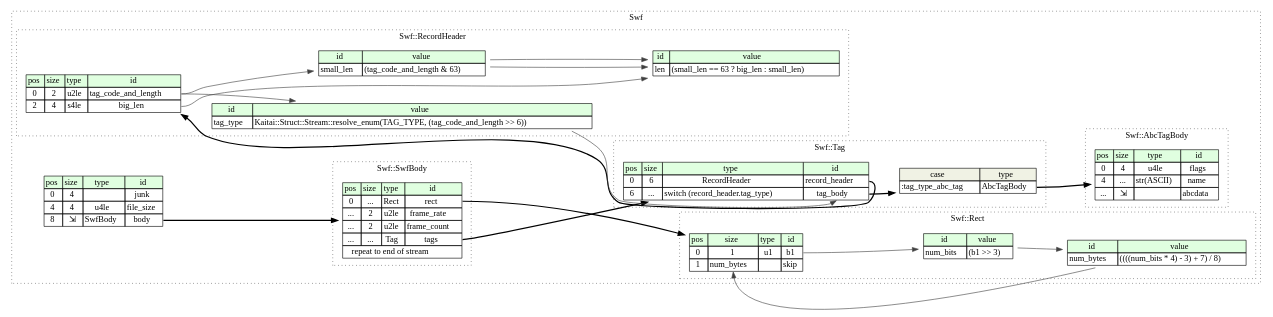
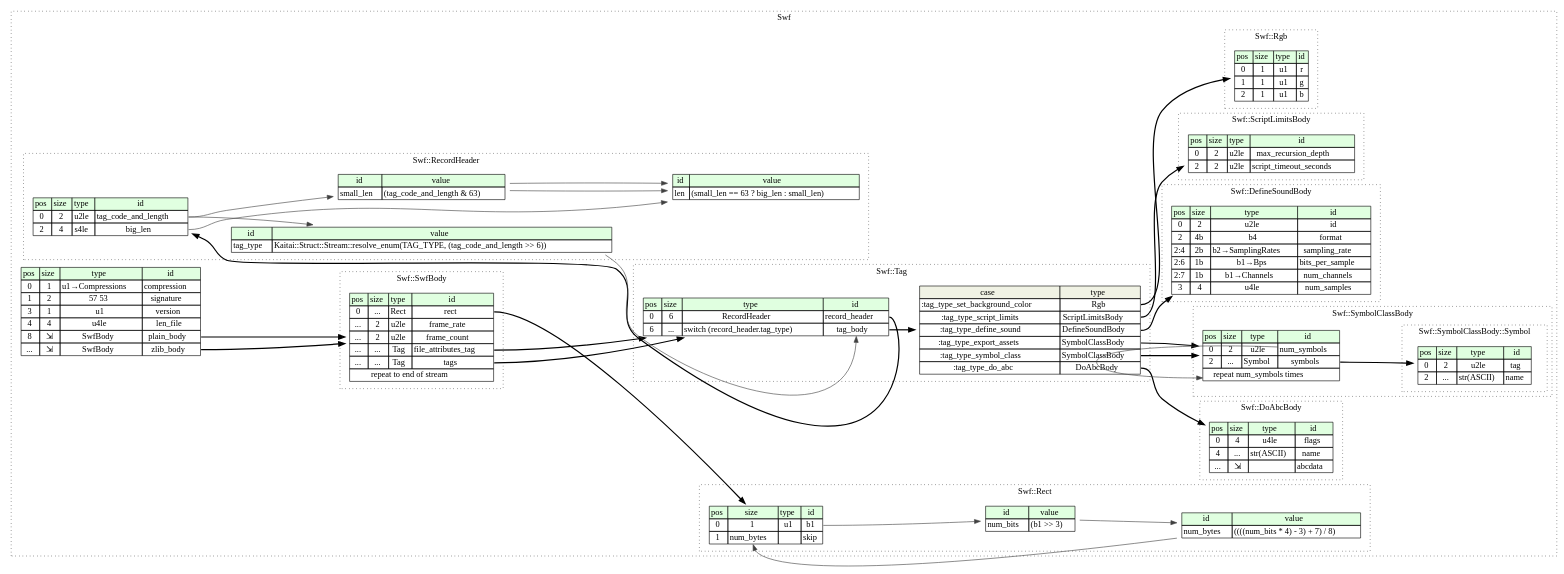
One commit to kaitai-io/formats-kaitai-io.github.io changed the diagram in swf/src/graphviz/swf.dot. Above: the diagram before and after it, drawn with Graphviz. The commit also changed 31 other files, not shown here.

```diff
--- a/swf/src/graphviz/swf.dot
+++ b/swf/src/graphviz/swf.dot
@@ -1,108 +1,182 @@
 digraph {
 	rankdir=LR;
 	node [shape=plaintext];
 	subgraph cluster__swf {
 		label="Swf";
 		graph[style=dotted];
 
 		swf__seq [label=<<TABLE BORDER="0" CELLBORDER="1" CELLSPACING="0">
 			<TR><TD BGCOLOR="#E0FFE0">pos</TD><TD BGCOLOR="#E0FFE0">size</TD><TD BGCOLOR="#E0FFE0">type</TD><TD BGCOLOR="#E0FFE0">id</TD></TR>
-			<TR><TD PORT="junk_pos">0</TD><TD PORT="junk_size">4</TD><TD></TD><TD PORT="junk_type">junk</TD></TR>
-			<TR><TD PORT="file_size_pos">4</TD><TD PORT="file_size_size">4</TD><TD>u4le</TD><TD PORT="file_size_type">file_size</TD></TR>
-			<TR><TD PORT="body_pos">8</TD><TD PORT="body_size">⇲</TD><TD>SwfBody</TD><TD PORT="body_type">body</TD></TR>
+			<TR><TD PORT="compression_pos">0</TD><TD PORT="compression_size">1</TD><TD>u1→Compressions</TD><TD PORT="compression_type">compression</TD></TR>
+			<TR><TD PORT="signature_pos">1</TD><TD PORT="signature_size">2</TD><TD>57 53</TD><TD PORT="signature_type">signature</TD></TR>
+			<TR><TD PORT="version_pos">3</TD><TD PORT="version_size">1</TD><TD>u1</TD><TD PORT="version_type">version</TD></TR>
+			<TR><TD PORT="len_file_pos">4</TD><TD PORT="len_file_size">4</TD><TD>u4le</TD><TD PORT="len_file_type">len_file</TD></TR>
+			<TR><TD PORT="plain_body_pos">8</TD><TD PORT="plain_body_size">⇲</TD><TD>SwfBody</TD><TD PORT="plain_body_type">plain_body</TD></TR>
+			<TR><TD PORT="zlib_body_pos">...</TD><TD PORT="zlib_body_size">⇲</TD><TD>SwfBody</TD><TD PORT="zlib_body_type">zlib_body</TD></TR>
 		</TABLE>>];
+		subgraph cluster__rgb {
+			label="Swf::Rgb";
+			graph[style=dotted];
+
+			rgb__seq [label=<<TABLE BORDER="0" CELLBORDER="1" CELLSPACING="0">
+				<TR><TD BGCOLOR="#E0FFE0">pos</TD><TD BGCOLOR="#E0FFE0">size</TD><TD BGCOLOR="#E0FFE0">type</TD><TD BGCOLOR="#E0FFE0">id</TD></TR>
+				<TR><TD PORT="r_pos">0</TD><TD PORT="r_size">1</TD><TD>u1</TD><TD PORT="r_type">r</TD></TR>
+				<TR><TD PORT="g_pos">1</TD><TD PORT="g_size">1</TD><TD>u1</TD><TD PORT="g_type">g</TD></TR>
+				<TR><TD PORT="b_pos">2</TD><TD PORT="b_size">1</TD><TD>u1</TD><TD PORT="b_type">b</TD></TR>
+			</TABLE>>];
+		}
+		subgraph cluster__do_abc_body {
+			label="Swf::DoAbcBody";
+			graph[style=dotted];
+
+			do_abc_body__seq [label=<<TABLE BORDER="0" CELLBORDER="1" CELLSPACING="0">
+				<TR><TD BGCOLOR="#E0FFE0">pos</TD><TD BGCOLOR="#E0FFE0">size</TD><TD BGCOLOR="#E0FFE0">type</TD><TD BGCOLOR="#E0FFE0">id</TD></TR>
+				<TR><TD PORT="flags_pos">0</TD><TD PORT="flags_size">4</TD><TD>u4le</TD><TD PORT="flags_type">flags</TD></TR>
+				<TR><TD PORT="name_pos">4</TD><TD PORT="name_size">...</TD><TD>str(ASCII)</TD><TD PORT="name_type">name</TD></TR>
+				<TR><TD PORT="abcdata_pos">...</TD><TD PORT="abcdata_size">⇲</TD><TD></TD><TD PORT="abcdata_type">abcdata</TD></TR>
+			</TABLE>>];
+		}
 		subgraph cluster__swf_body {
 			label="Swf::SwfBody";
 			graph[style=dotted];
 
 			swf_body__seq [label=<<TABLE BORDER="0" CELLBORDER="1" CELLSPACING="0">
 				<TR><TD BGCOLOR="#E0FFE0">pos</TD><TD BGCOLOR="#E0FFE0">size</TD><TD BGCOLOR="#E0FFE0">type</TD><TD BGCOLOR="#E0FFE0">id</TD></TR>
 				<TR><TD PORT="rect_pos">0</TD><TD PORT="rect_size">...</TD><TD>Rect</TD><TD PORT="rect_type">rect</TD></TR>
 				<TR><TD PORT="frame_rate_pos">...</TD><TD PORT="frame_rate_size">2</TD><TD>u2le</TD><TD PORT="frame_rate_type">frame_rate</TD></TR>
 				<TR><TD PORT="frame_count_pos">...</TD><TD PORT="frame_count_size">2</TD><TD>u2le</TD><TD PORT="frame_count_type">frame_count</TD></TR>
+				<TR><TD PORT="file_attributes_tag_pos">...</TD><TD PORT="file_attributes_tag_size">...</TD><TD>Tag</TD><TD PORT="file_attributes_tag_type">file_attributes_tag</TD></TR>
 				<TR><TD PORT="tags_pos">...</TD><TD PORT="tags_size">...</TD><TD>Tag</TD><TD PORT="tags_type">tags</TD></TR>
 				<TR><TD COLSPAN="4" PORT="tags__repeat">repeat to end of stream</TD></TR>
 			</TABLE>>];
 		}
 		subgraph cluster__rect {
 			label="Swf::Rect";
 			graph[style=dotted];
 
 			rect__seq [label=<<TABLE BORDER="0" CELLBORDER="1" CELLSPACING="0">
 				<TR><TD BGCOLOR="#E0FFE0">pos</TD><TD BGCOLOR="#E0FFE0">size</TD><TD BGCOLOR="#E0FFE0">type</TD><TD BGCOLOR="#E0FFE0">id</TD></TR>
 				<TR><TD PORT="b1_pos">0</TD><TD PORT="b1_size">1</TD><TD>u1</TD><TD PORT="b1_type">b1</TD></TR>
 				<TR><TD PORT="skip_pos">1</TD><TD PORT="skip_size">num_bytes</TD><TD></TD><TD PORT="skip_type">skip</TD></TR>
 			</TABLE>>];
 			rect__inst__num_bits [label=<<TABLE BORDER="0" CELLBORDER="1" CELLSPACING="0">
 				<TR><TD BGCOLOR="#E0FFE0">id</TD><TD BGCOLOR="#E0FFE0">value</TD></TR>
 				<TR><TD>num_bits</TD><TD>(b1 &gt;&gt; 3)</TD></TR>
 			</TABLE>>];
 			rect__inst__num_bytes [label=<<TABLE BORDER="0" CELLBORDER="1" CELLSPACING="0">
 				<TR><TD BGCOLOR="#E0FFE0">id</TD><TD BGCOLOR="#E0FFE0">value</TD></TR>
 				<TR><TD>num_bytes</TD><TD>((((num_bits * 4) - 3) + 7) / 8)</TD></TR>
 			</TABLE>>];
 		}
 		subgraph cluster__tag {
 			label="Swf::Tag";
 			graph[style=dotted];
 
 			tag__seq [label=<<TABLE BORDER="0" CELLBORDER="1" CELLSPACING="0">
 				<TR><TD BGCOLOR="#E0FFE0">pos</TD><TD BGCOLOR="#E0FFE0">size</TD><TD BGCOLOR="#E0FFE0">type</TD><TD BGCOLOR="#E0FFE0">id</TD></TR>
 				<TR><TD PORT="record_header_pos">0</TD><TD PORT="record_header_size">6</TD><TD>RecordHeader</TD><TD PORT="record_header_type">record_header</TD></TR>
 				<TR><TD PORT="tag_body_pos">6</TD><TD PORT="tag_body_size">...</TD><TD>switch (record_header.tag_type)</TD><TD PORT="tag_body_type">tag_body</TD></TR>
 			</TABLE>>];
 tag__seq_tag_body_switch [label=<<TABLE BORDER="0" CELLBORDER="1" CELLSPACING="0">
 	<TR><TD BGCOLOR="#F0F2E4">case</TD><TD BGCOLOR="#F0F2E4">type</TD></TR>
-	<TR><TD>:tag_type_abc_tag</TD><TD PORT="case0">AbcTagBody</TD></TR>
+	<TR><TD>:tag_type_set_background_color</TD><TD PORT="case0">Rgb</TD></TR>
+	<TR><TD>:tag_type_script_limits</TD><TD PORT="case1">ScriptLimitsBody</TD></TR>
+	<TR><TD>:tag_type_define_sound</TD><TD PORT="case2">DefineSoundBody</TD></TR>
+	<TR><TD>:tag_type_export_assets</TD><TD PORT="case3">SymbolClassBody</TD></TR>
+	<TR><TD>:tag_type_symbol_class</TD><TD PORT="case4">SymbolClassBody</TD></TR>
+	<TR><TD>:tag_type_do_abc</TD><TD PORT="case5">DoAbcBody</TD></TR>
 </TABLE>>];
 		}
-		subgraph cluster__abc_tag_body {
-			label="Swf::AbcTagBody";
+		subgraph cluster__symbol_class_body {
+			label="Swf::SymbolClassBody";
 			graph[style=dotted];
 
-			abc_tag_body__seq [label=<<TABLE BORDER="0" CELLBORDER="1" CELLSPACING="0">
+			symbol_class_body__seq [label=<<TABLE BORDER="0" CELLBORDER="1" CELLSPACING="0">
 				<TR><TD BGCOLOR="#E0FFE0">pos</TD><TD BGCOLOR="#E0FFE0">size</TD><TD BGCOLOR="#E0FFE0">type</TD><TD BGCOLOR="#E0FFE0">id</TD></TR>
-				<TR><TD PORT="flags_pos">0</TD><TD PORT="flags_size">4</TD><TD>u4le</TD><TD PORT="flags_type">flags</TD></TR>
-				<TR><TD PORT="name_pos">4</TD><TD PORT="name_size">...</TD><TD>str(ASCII)</TD><TD PORT="name_type">name</TD></TR>
-				<TR><TD PORT="abcdata_pos">...</TD><TD PORT="abcdata_size">⇲</TD><TD></TD><TD PORT="abcdata_type">abcdata</TD></TR>
+				<TR><TD PORT="num_symbols_pos">0</TD><TD PORT="num_symbols_size">2</TD><TD>u2le</TD><TD PORT="num_symbols_type">num_symbols</TD></TR>
+				<TR><TD PORT="symbols_pos">2</TD><TD PORT="symbols_size">...</TD><TD>Symbol</TD><TD PORT="symbols_type">symbols</TD></TR>
+				<TR><TD COLSPAN="4" PORT="symbols__repeat">repeat num_symbols times</TD></TR>
+			</TABLE>>];
+			subgraph cluster__symbol {
+				label="Swf::SymbolClassBody::Symbol";
+				graph[style=dotted];
+
+				symbol__seq [label=<<TABLE BORDER="0" CELLBORDER="1" CELLSPACING="0">
+					<TR><TD BGCOLOR="#E0FFE0">pos</TD><TD BGCOLOR="#E0FFE0">size</TD><TD BGCOLOR="#E0FFE0">type</TD><TD BGCOLOR="#E0FFE0">id</TD></TR>
+					<TR><TD PORT="tag_pos">0</TD><TD PORT="tag_size">2</TD><TD>u2le</TD><TD PORT="tag_type">tag</TD></TR>
+					<TR><TD PORT="name_pos">2</TD><TD PORT="name_size">...</TD><TD>str(ASCII)</TD><TD PORT="name_type">name</TD></TR>
+				</TABLE>>];
+			}
+		}
+		subgraph cluster__define_sound_body {
+			label="Swf::DefineSoundBody";
+			graph[style=dotted];
+
+			define_sound_body__seq [label=<<TABLE BORDER="0" CELLBORDER="1" CELLSPACING="0">
+				<TR><TD BGCOLOR="#E0FFE0">pos</TD><TD BGCOLOR="#E0FFE0">size</TD><TD BGCOLOR="#E0FFE0">type</TD><TD BGCOLOR="#E0FFE0">id</TD></TR>
+				<TR><TD PORT="id_pos">0</TD><TD PORT="id_size">2</TD><TD>u2le</TD><TD PORT="id_type">id</TD></TR>
+				<TR><TD PORT="format_pos">2</TD><TD PORT="format_size">4b</TD><TD>b4</TD><TD PORT="format_type">format</TD></TR>
+				<TR><TD PORT="sampling_rate_pos">2:4</TD><TD PORT="sampling_rate_size">2b</TD><TD>b2→SamplingRates</TD><TD PORT="sampling_rate_type">sampling_rate</TD></TR>
+				<TR><TD PORT="bits_per_sample_pos">2:6</TD><TD PORT="bits_per_sample_size">1b</TD><TD>b1→Bps</TD><TD PORT="bits_per_sample_type">bits_per_sample</TD></TR>
+				<TR><TD PORT="num_channels_pos">2:7</TD><TD PORT="num_channels_size">1b</TD><TD>b1→Channels</TD><TD PORT="num_channels_type">num_channels</TD></TR>
+				<TR><TD PORT="num_samples_pos">3</TD><TD PORT="num_samples_size">4</TD><TD>u4le</TD><TD PORT="num_samples_type">num_samples</TD></TR>
 			</TABLE>>];
 		}
 		subgraph cluster__record_header {
 			label="Swf::RecordHeader";
 			graph[style=dotted];
 
 			record_header__seq [label=<<TABLE BORDER="0" CELLBORDER="1" CELLSPACING="0">
 				<TR><TD BGCOLOR="#E0FFE0">pos</TD><TD BGCOLOR="#E0FFE0">size</TD><TD BGCOLOR="#E0FFE0">type</TD><TD BGCOLOR="#E0FFE0">id</TD></TR>
 				<TR><TD PORT="tag_code_and_length_pos">0</TD><TD PORT="tag_code_and_length_size">2</TD><TD>u2le</TD><TD PORT="tag_code_and_length_type">tag_code_and_length</TD></TR>
 				<TR><TD PORT="big_len_pos">2</TD><TD PORT="big_len_size">4</TD><TD>s4le</TD><TD PORT="big_len_type">big_len</TD></TR>
 			</TABLE>>];
 			record_header__inst__tag_type [label=<<TABLE BORDER="0" CELLBORDER="1" CELLSPACING="0">
 				<TR><TD BGCOLOR="#E0FFE0">id</TD><TD BGCOLOR="#E0FFE0">value</TD></TR>
 				<TR><TD>tag_type</TD><TD>Kaitai::Struct::Stream::resolve_enum(TAG_TYPE, (tag_code_and_length &gt;&gt; 6))</TD></TR>
 			</TABLE>>];
 			record_header__inst__small_len [label=<<TABLE BORDER="0" CELLBORDER="1" CELLSPACING="0">
 				<TR><TD BGCOLOR="#E0FFE0">id</TD><TD BGCOLOR="#E0FFE0">value</TD></TR>
 				<TR><TD>small_len</TD><TD>(tag_code_and_length &amp; 63)</TD></TR>
 			</TABLE>>];
 			record_header__inst__len [label=<<TABLE BORDER="0" CELLBORDER="1" CELLSPACING="0">
 				<TR><TD BGCOLOR="#E0FFE0">id</TD><TD BGCOLOR="#E0FFE0">value</TD></TR>
 				<TR><TD>len</TD><TD>(small_len == 63 ? big_len : small_len)</TD></TR>
 			</TABLE>>];
 		}
+		subgraph cluster__script_limits_body {
+			label="Swf::ScriptLimitsBody";
+			graph[style=dotted];
+
+			script_limits_body__seq [label=<<TABLE BORDER="0" CELLBORDER="1" CELLSPACING="0">
+				<TR><TD BGCOLOR="#E0FFE0">pos</TD><TD BGCOLOR="#E0FFE0">size</TD><TD BGCOLOR="#E0FFE0">type</TD><TD BGCOLOR="#E0FFE0">id</TD></TR>
+				<TR><TD PORT="max_recursion_depth_pos">0</TD><TD PORT="max_recursion_depth_size">2</TD><TD>u2le</TD><TD PORT="max_recursion_depth_type">max_recursion_depth</TD></TR>
+				<TR><TD PORT="script_timeout_seconds_pos">2</TD><TD PORT="script_timeout_seconds_size">2</TD><TD>u2le</TD><TD PORT="script_timeout_seconds_type">script_timeout_seconds</TD></TR>
+			</TABLE>>];
+		}
 	}
-	swf__seq:body_type -> swf_body__seq [style=bold];
+	swf__seq:plain_body_type -> swf_body__seq [style=bold];
+	swf__seq:zlib_body_type -> swf_body__seq [style=bold];
 	swf_body__seq:rect_type -> rect__seq [style=bold];
+	swf_body__seq:file_attributes_tag_type -> tag__seq [style=bold];
 	swf_body__seq:tags_type -> tag__seq [style=bold];
 	rect__inst__num_bytes:num_bytes_type -> rect__seq:skip_size [color="#404040"];
 	rect__seq:b1_type -> rect__inst__num_bits [color="#404040"];
 	rect__inst__num_bits:num_bits_type -> rect__inst__num_bytes [color="#404040"];
 	tag__seq:record_header_type -> record_header__seq [style=bold];
 	tag__seq:tag_body_type -> tag__seq_tag_body_switch [style=bold];
-	tag__seq_tag_body_switch:case0 -> abc_tag_body__seq [style=bold];
+	tag__seq_tag_body_switch:case0 -> rgb__seq [style=bold];
+	tag__seq_tag_body_switch:case1 -> script_limits_body__seq [style=bold];
+	tag__seq_tag_body_switch:case2 -> define_sound_body__seq [style=bold];
+	tag__seq_tag_body_switch:case3 -> symbol_class_body__seq [style=bold];
+	tag__seq_tag_body_switch:case4 -> symbol_class_body__seq [style=bold];
+	tag__seq_tag_body_switch:case5 -> do_abc_body__seq [style=bold];
 	record_header__inst__tag_type:tag_type_type -> tag__seq:tag_body_type [color="#404040"];
+	symbol_class_body__seq:symbols_type -> symbol__seq [style=bold];
+	symbol_class_body__seq:num_symbols_type -> symbol_class_body__seq:symbols__repeat [color="#404040"];
 	record_header__seq:tag_code_and_length_type -> record_header__inst__tag_type [color="#404040"];
 	record_header__seq:tag_code_and_length_type -> record_header__inst__small_len [color="#404040"];
 	record_header__inst__small_len:small_len_type -> record_header__inst__len [color="#404040"];
 	record_header__seq:big_len_type -> record_header__inst__len [color="#404040"];
 	record_header__inst__small_len:small_len_type -> record_header__inst__len [color="#404040"];
 }
```
